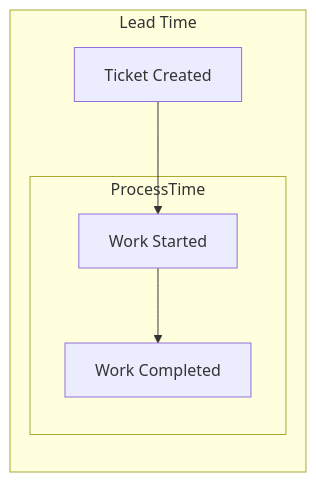
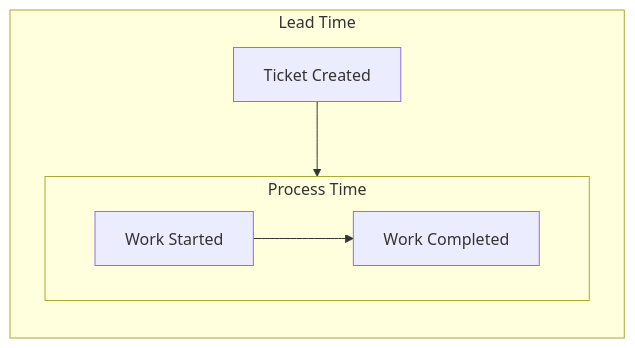
Before and after one commit to wayofthepie/notes: the first of 2 diagrams in books/the_devops_handbook.md, drawn with Mermaid.

Commit message:
Fix indent, fix arrows

````diff
--- a/books/the_devops_handbook.md
+++ b/books/the_devops_handbook.md
@@ -10,9 +10,9 @@
 ```mermaid
 flowchart LR
     subgraph LeadTime[Lead Time]
-        ticket[Ticket Created] --> start[Work Started];
-            subgraph ProcessTime
+        ticket[Ticket Created] --> ProcessTime;
+        subgraph ProcessTime[Process Time]
             start[Work Started] --> complete[Work Completed];
         end
     end
 ```
````
